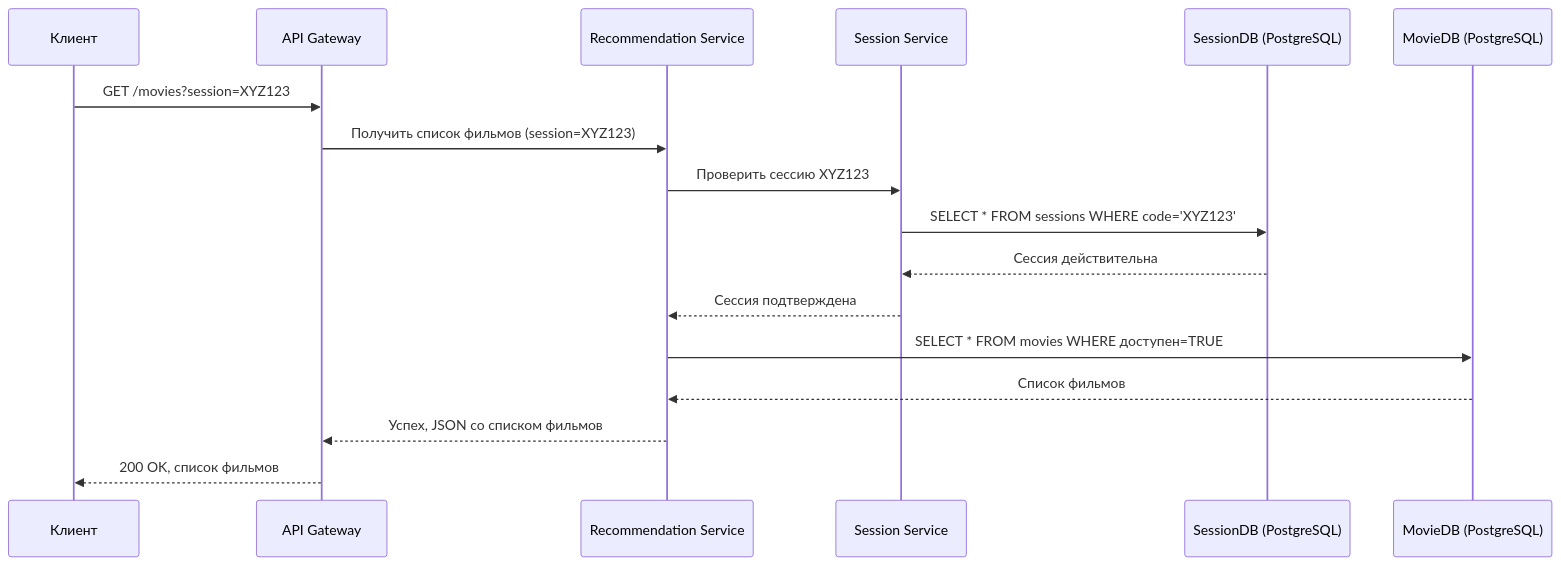
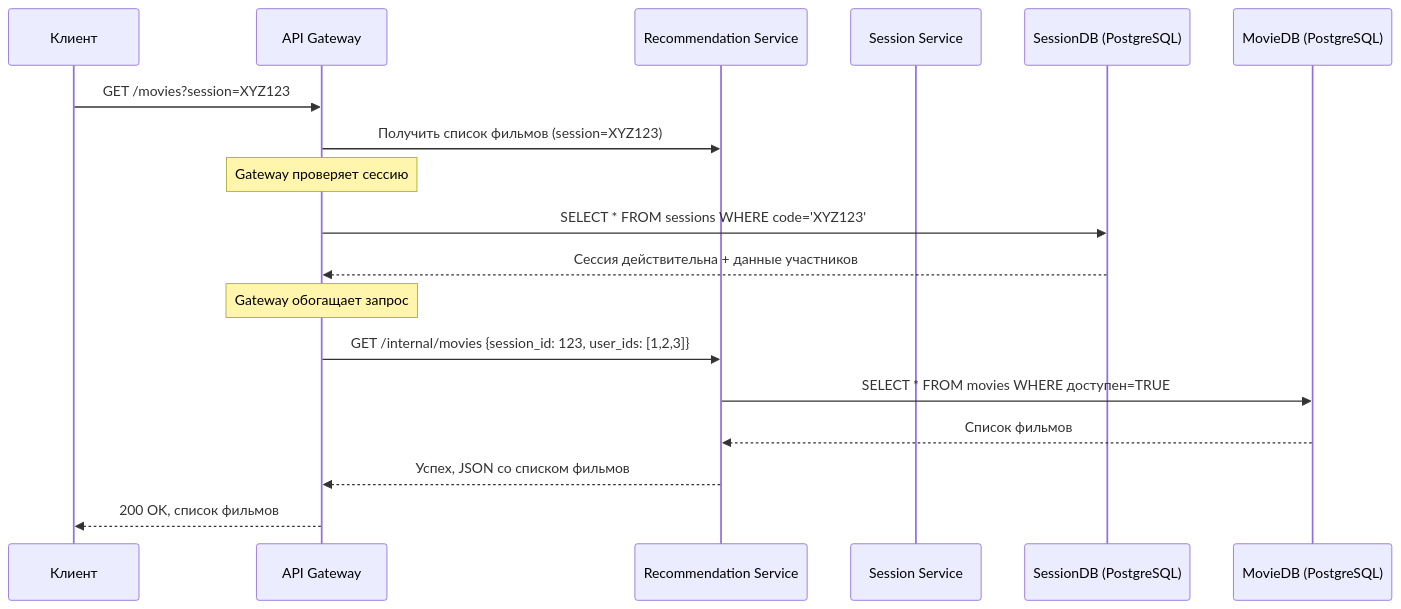
Before and after one commit to spbu-ds-practicum-2025/dodep: the third of 6 diagrams in docs/tr.md, drawn with Mermaid. The commit also changed other lines of this file, not shown here.

````diff
--- a/docs/tr.md
+++ b/docs/tr.md
@@ -187,20 +188,21 @@
 ```mermaid
 sequenceDiagram
   participant Client as Клиент
   participant Gateway as API Gateway
   participant RecommendationSvc as Recommendation Service
   participant SessionSvc as Session Service
   participant SessionDB as SessionDB (PostgreSQL)
   participant MovieDB as MovieDB (PostgreSQL)
 
   Client->>Gateway: GET /movies?session=XYZ123
   Gateway->>RecommendationSvc: Получить список фильмов (session=XYZ123)
-  RecommendationSvc->>SessionSvc: Проверить сессию XYZ123
-  SessionSvc->>SessionDB: SELECT * FROM sessions WHERE code='XYZ123'
-  SessionDB-->>SessionSvc: Сессия действительна
-  SessionSvc-->>RecommendationSvc: Сессия подтверждена
+  Note over Gateway: Gateway проверяет сессию
+  Gateway->>SessionDB: SELECT * FROM sessions WHERE code='XYZ123'
+  SessionDB-->>Gateway: Сессия действительна + данные участников
+  Note over Gateway: Gateway обогащает запрос
+  Gateway->>RecommendationSvc: GET /internal/movies {session_id: 123, user_ids: [1,2,3]}
   RecommendationSvc->>MovieDB: SELECT * FROM movies WHERE доступен=TRUE
   MovieDB-->>RecommendationSvc: Список фильмов
   RecommendationSvc-->>Gateway: Успех, JSON со списком фильмов
   Gateway-->>Client: 200 OK, список фильмов
 ```
````
